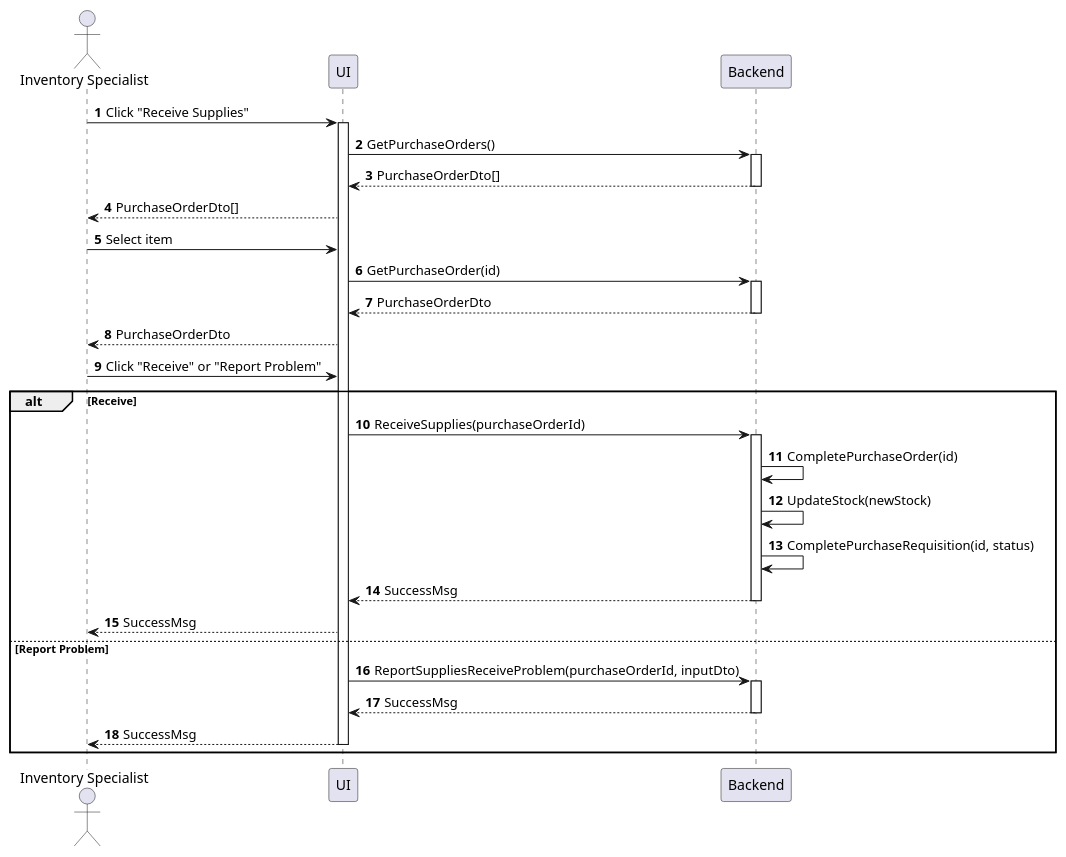
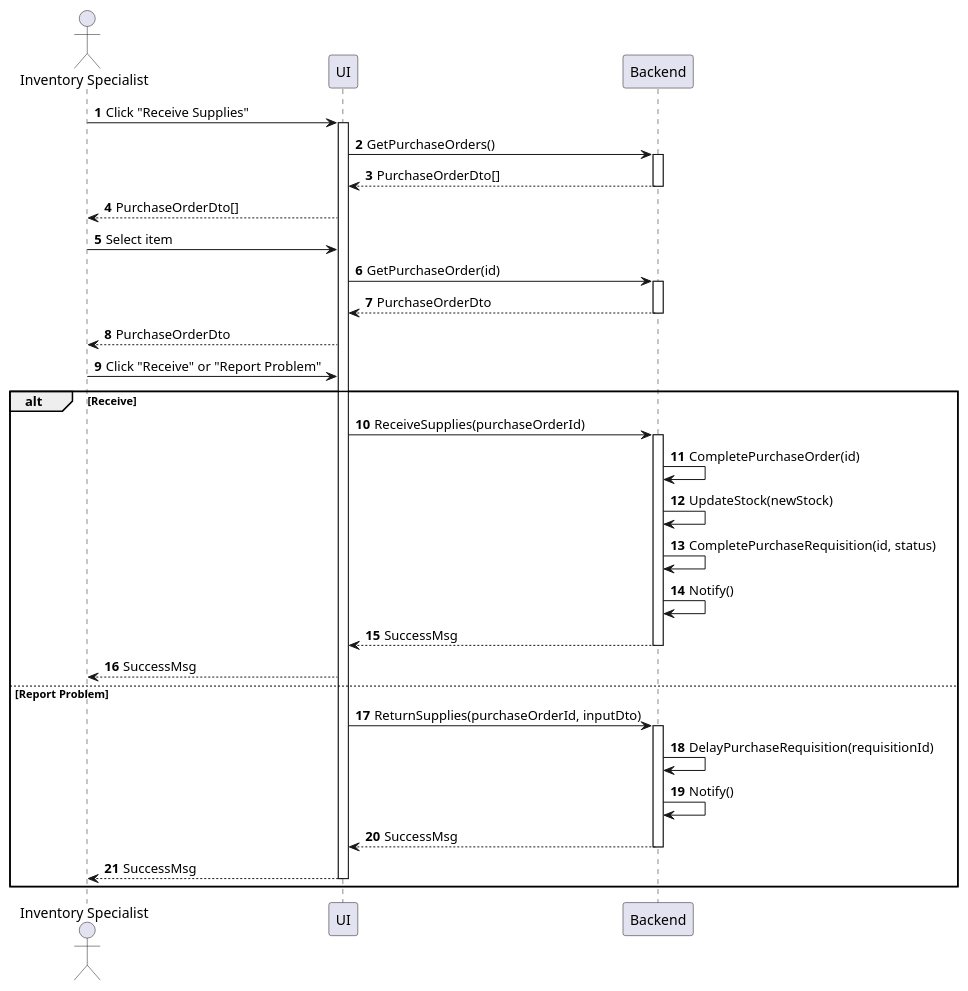
One commit to phihungha/scmss-reqs changed the diagram in sequences/inventory-supply-receive.plantuml. Above: the diagram before and after it, drawn with PlantUML. The commit also changed 9 other files, not shown here.

```diff
--- a/sequences/inventory-supply-receive.plantuml
+++ b/sequences/inventory-supply-receive.plantuml
@@ -1,36 +1,39 @@
 @startuml inventory-supply-receive
 autonumber
 
 actor "Inventory Specialist" as a
 participant UI as f
 participant Backend as b
 
 a -> f : Click "Receive Supplies"
 activate f
 f -> b : GetPurchaseOrders()
 activate b
 return PurchaseOrderDto[]
 f --> a : PurchaseOrderDto[]
 a -> f : Select item
 f -> b : GetPurchaseOrder(id)
 activate b
 return PurchaseOrderDto
 f --> a : PurchaseOrderDto
 a -> f : Click "Receive" or "Report Problem"
 
 alt Receive
     f -> b : ReceiveSupplies(purchaseOrderId)
     activate b
     b -> b : CompletePurchaseOrder(id)
     b -> b : UpdateStock(newStock)
     b -> b : CompletePurchaseRequisition(id, status)
+    b -> b : Notify()
     return SuccessMsg
     f --> a : SuccessMsg
 else Report Problem
-    f -> b : ReportSuppliesReceiveProblem(purchaseOrderId, inputDto)
+    f -> b : ReturnSupplies(purchaseOrderId, inputDto)
     activate b
+    b -> b : DelayPurchaseRequisition(requisitionId)
+    b -> b : Notify()
     return SuccessMsg
     f --> a : SuccessMsg
     deactivate f
 end
 @enduml
```
